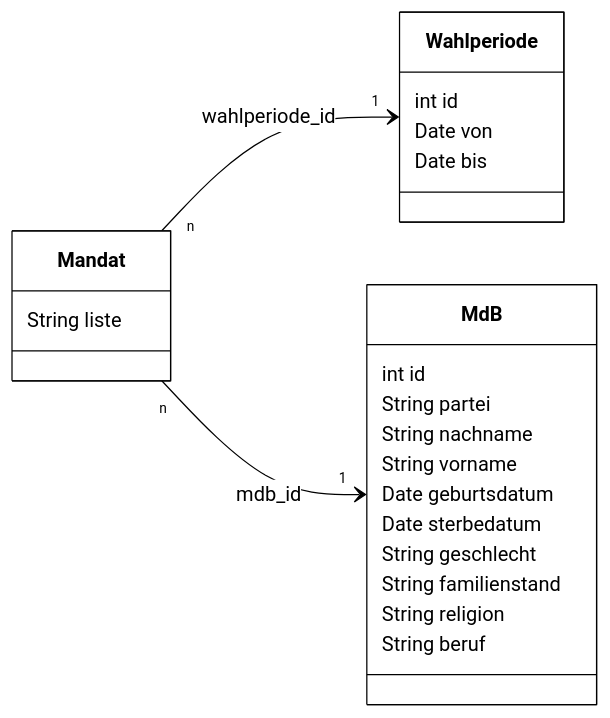
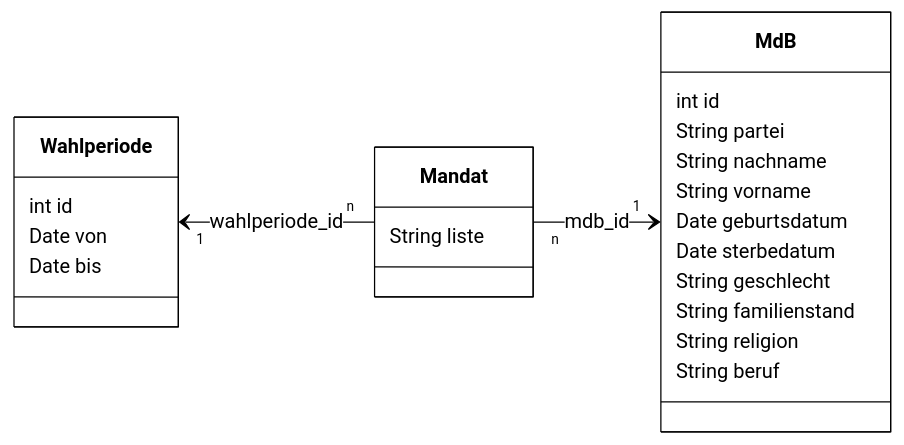
Before and after one commit to ValentinHerrmann/dbiu_databases: the diagram in dbiu_databases/bundestag.mmd, drawn with Mermaid. The commit also changed 195 other files, not shown here.

First line of the commit message:
Improve diagram layouts, add scheme PNGs, download buttons and planned DBs

```diff
--- a/dbiu_databases/bundestag.mmd
+++ b/dbiu_databases/bundestag.mmd
@@ -1,25 +1,25 @@
-%%{init: {"theme": "base", "themeVariables": {"primaryColor": "#ffffff", "mainBkg": "#ffffff", "primaryBorderColor": "#000000", "nodeBorder": "#000000", "lineColor": "#000000", "primaryTextColor": "#000000", "textColor": "#000000", "edgeLabelBackground": "#ffffff", "fontFamily": "Arial, sans-serif"}, "class": {"hideEmptyMembersBox": true, "useMaxWidth": false}}}%%
+%%{init: {"fontFamily": "Liberation Sans, Arial, Helvetica, sans-serif", "theme": "base", "themeVariables": {"primaryColor": "#ffffff", "mainBkg": "#ffffff", "primaryBorderColor": "#000000", "nodeBorder": "#000000", "lineColor": "#000000", "primaryTextColor": "#000000", "textColor": "#000000", "edgeLabelBackground": "#ffffff", "fontFamily": "Liberation Sans, Arial, Helvetica, sans-serif"}, "class": {"hideEmptyMembersBox": true, "useMaxWidth": false}}}%%
 classDiagram
   direction LR
   class Mandat {
     String liste
   }
   class MdB {
     int id
     String partei
     String nachname
     String vorname
     Date geburtsdatum
     Date sterbedatum
     String geschlecht
     String familienstand
     String religion
     String beruf
   }
   class Wahlperiode {
     int id
     Date von
     Date bis
   }
-  Mandat "n" --> "1" Wahlperiode : wahlperiode_id
+  Wahlperiode "1" <-- "n" Mandat : wahlperiode_id
   Mandat "n" --> "1" MdB : mdb_id
```
